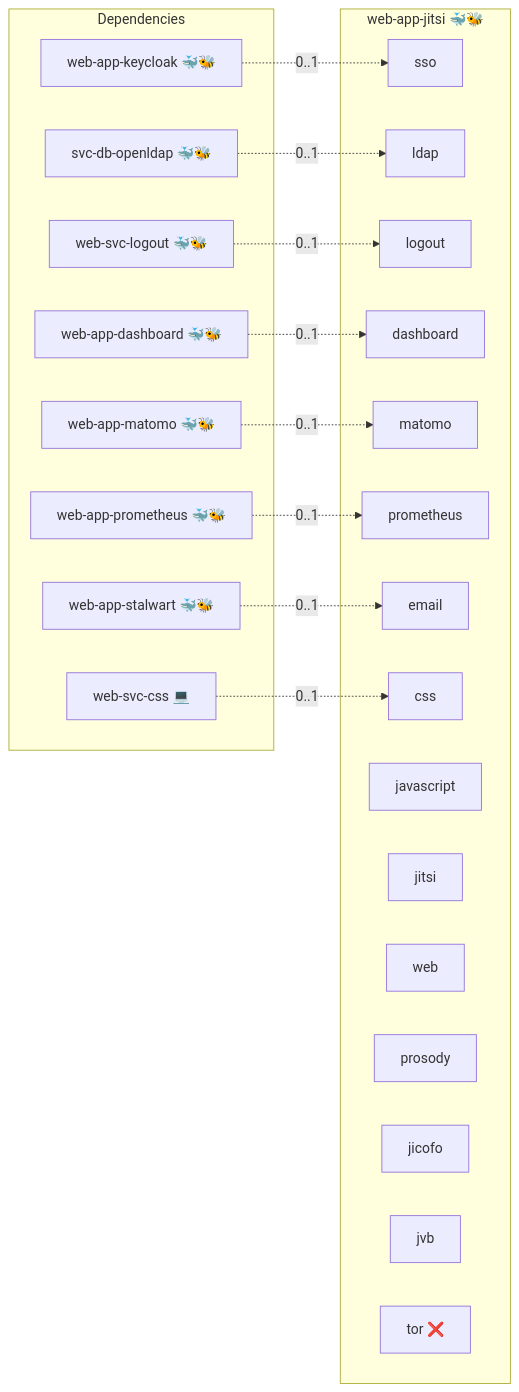
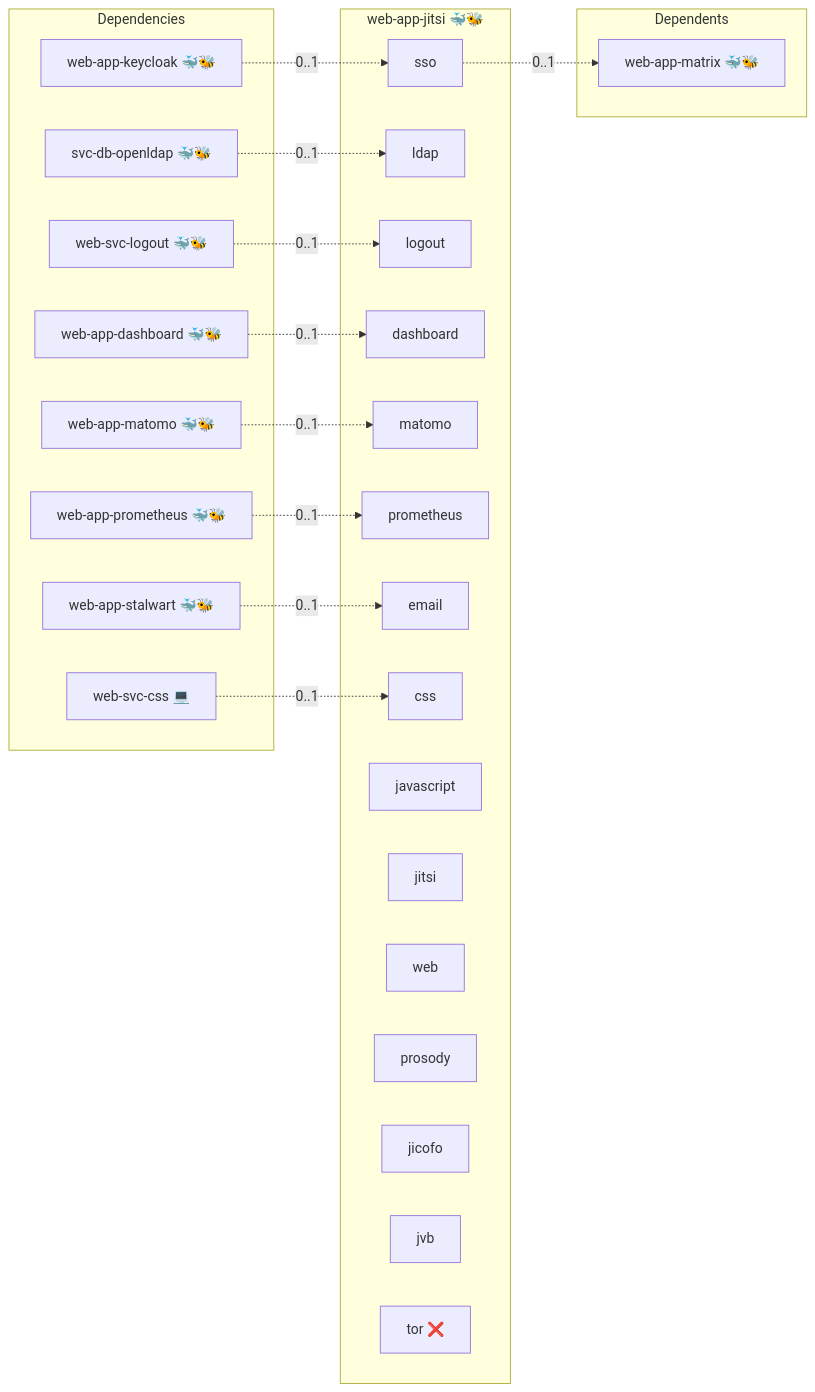
The diagram in roles/web-app-jitsi/README.md (AlejandroRomanIbanez/infinito-nexus), drawn with Mermaid before and after one commit. The commit also changed 19 other files, not shown here.

First line of the commit message:
fix(web-app-matrix): wire Jitsi, Element Call and Heisenbridge in the ansible flavor

````diff
--- a/roles/web-app-jitsi/README.md
+++ b/roles/web-app-jitsi/README.md
@@ -15,38 +15,42 @@
 ```mermaid
 flowchart LR
     subgraph deps [Dependencies]
         dep_svc_db_openldap["svc-db-openldap 🐳🐝"]
         dep_web_app_dashboard["web-app-dashboard 🐳🐝"]
         dep_web_app_keycloak["web-app-keycloak 🐳🐝"]
         dep_web_app_matomo["web-app-matomo 🐳🐝"]
         dep_web_app_prometheus["web-app-prometheus 🐳🐝"]
         dep_web_app_stalwart["web-app-stalwart 🐳🐝"]
         dep_web_svc_css["web-svc-css 💻"]
         dep_web_svc_logout["web-svc-logout 🐳🐝"]
     end
     subgraph role [web-app-jitsi 🐳🐝]
         svc_sso["sso"]
         svc_ldap["ldap"]
         svc_logout["logout"]
         svc_dashboard["dashboard"]
         svc_matomo["matomo"]
         svc_prometheus["prometheus"]
         svc_email["email"]
         svc_css["css"]
         svc_javascript["javascript"]
         svc_jitsi["jitsi"]
         svc_web["web"]
         svc_prosody["prosody"]
         svc_jicofo["jicofo"]
         svc_jvb["jvb"]
         svc_tor["tor ❌"]
     end
+    subgraph dependents [Dependents]
+        dpt_web_app_matrix["web-app-matrix 🐳🐝"]
+    end
     dep_svc_db_openldap -. "0..1" .-> svc_ldap
     dep_web_app_dashboard -. "0..1" .-> svc_dashboard
     dep_web_app_keycloak -. "0..1" .-> svc_sso
     dep_web_app_matomo -. "0..1" .-> svc_matomo
     dep_web_app_prometheus -. "0..1" .-> svc_prometheus
     dep_web_app_stalwart -. "0..1" .-> svc_email
     dep_web_svc_css -. "0..1" .-> svc_css
     dep_web_svc_logout -. "0..1" .-> svc_logout
+    svc_sso -. "0..1" .-> dpt_web_app_matrix
 ```
````
